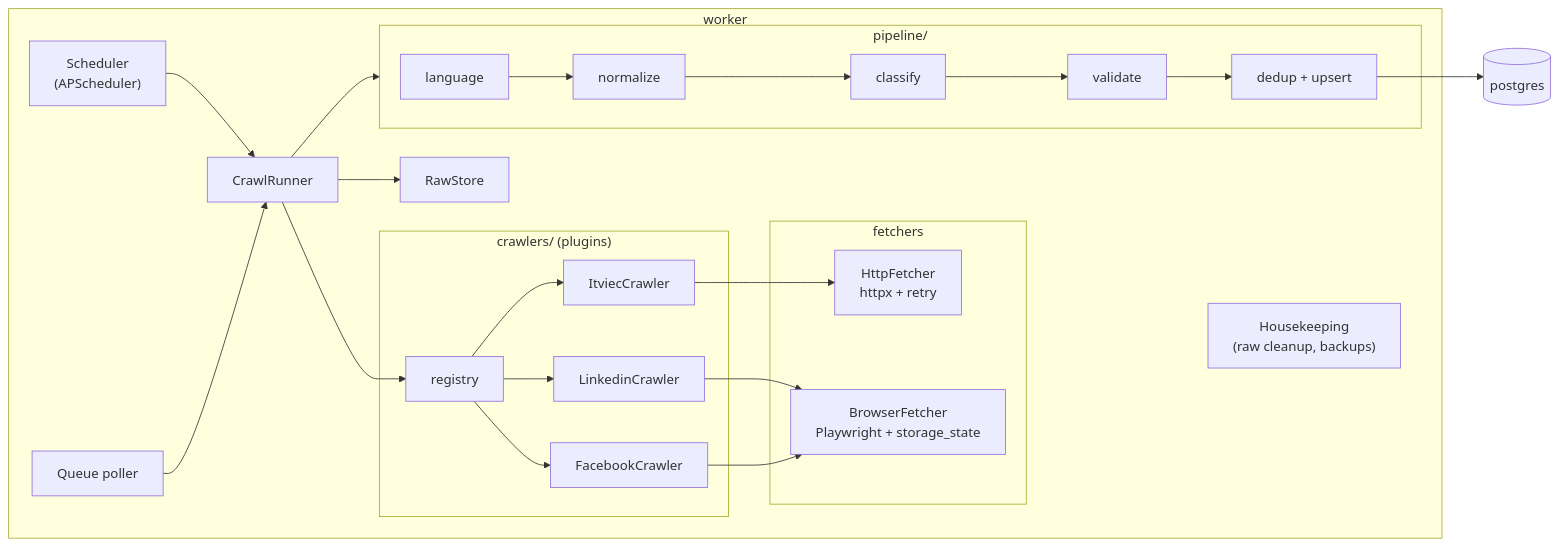
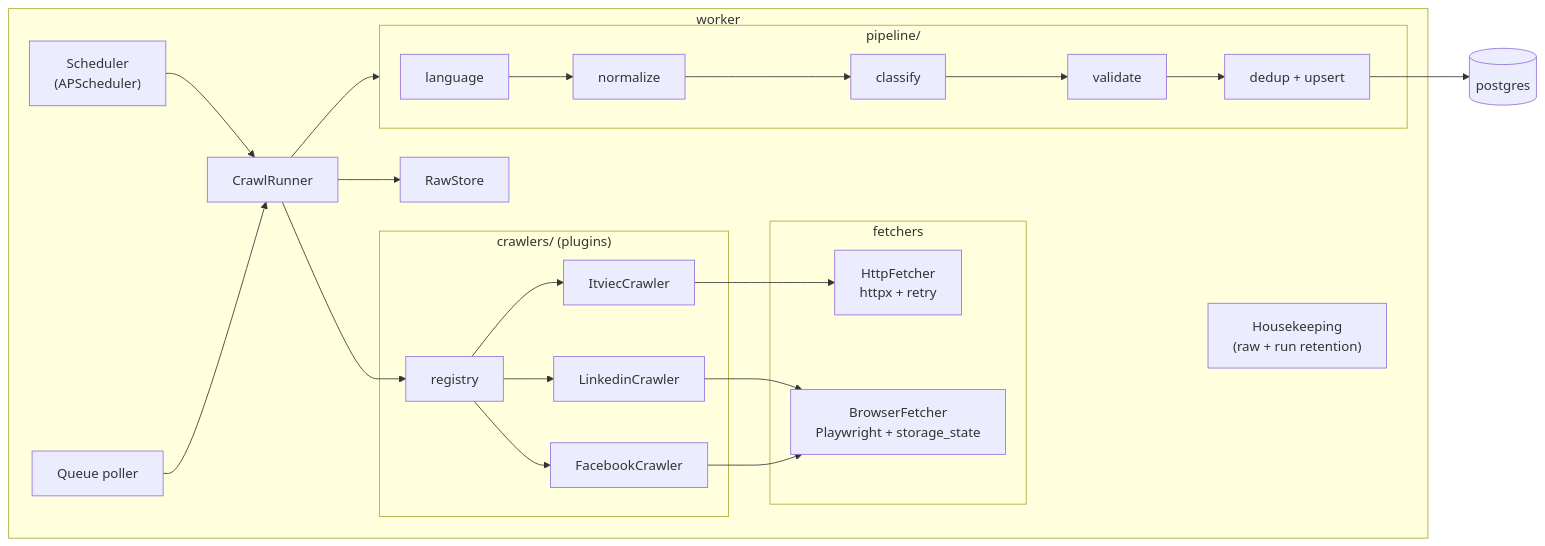
The third of 8 diagrams in docs/ARCHITECTURE.md (Corbin09/StreamFeed), drawn with Mermaid before and after one commit. The commit also changed other lines of this file and 17 other files, not shown here.

````diff
--- a/docs/ARCHITECTURE.md
+++ b/docs/ARCHITECTURE.md
@@ -100,31 +100,31 @@
 ```mermaid
 flowchart LR
     subgraph worker["worker"]
         sched["Scheduler<br/>(APScheduler)"]
         poll["Queue poller"]
         runner["CrawlRunner"]
         subgraph crawlers["crawlers/ (plugins)"]
             reg["registry"]
             itv["ItviecCrawler"]
             lnk["LinkedinCrawler"]
             fbk["FacebookCrawler"]
         end
         subgraph fetch["fetchers"]
             http["HttpFetcher<br/>httpx + retry"]
             brw["BrowserFetcher<br/>Playwright + storage_state"]
         end
         raw["RawStore"]
         subgraph pipe["pipeline/"]
             lang["language"] --> norm["normalize"] --> cls["classify"] --> val["validate"] --> dd["dedup + upsert"]
         end
-        house["Housekeeping<br/>(raw cleanup, backups)"]
+        house["Housekeeping<br/>(raw + run retention)"]
     end
     sched --> runner
     poll --> runner
     runner --> reg --> itv & lnk & fbk
     itv --> http
     lnk & fbk --> brw
     runner --> raw
     runner --> pipe
     dd --> db[(postgres)]
 ```
````
